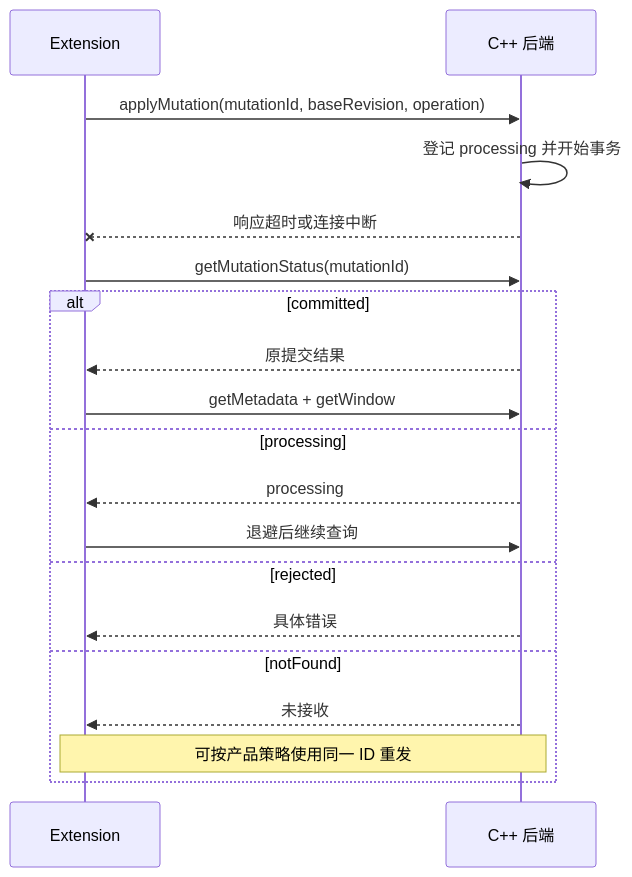
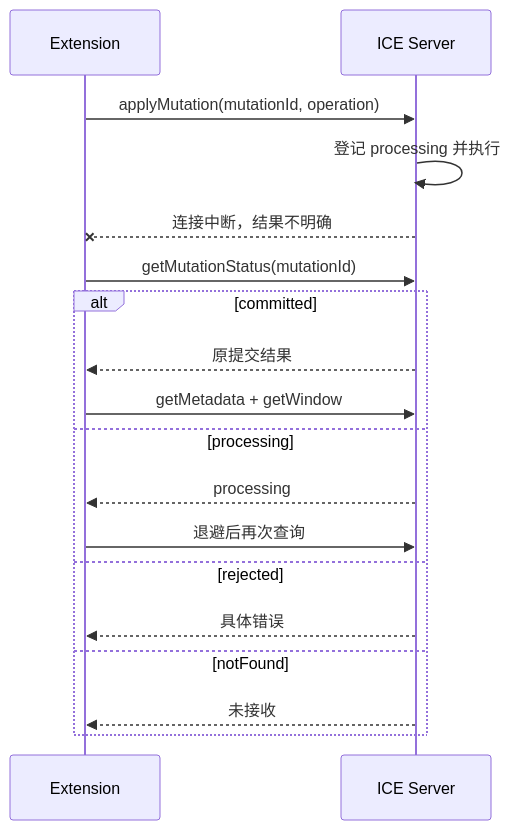
One commit to a306796405/huge-vtable changed diagram 12 of 14 in docs/v22-lite-markdown-technical-solution.md. Above: the diagram before and after it, drawn with Mermaid. The commit also changed other lines of this file and 2 other files, not shown here.

Commit message:
docs: rewrite pattern solution for frontend and ice server

````diff
--- a/docs/v22-lite-markdown-technical-solution.md
+++ b/docs/v22-lite-markdown-technical-solution.md
@@ -647,22 +935,21 @@
 ```mermaid
 sequenceDiagram
     participant E as Extension
-    participant B as C++ 后端
+    participant I as ICE Server
 
-    E->>B: applyMutation(mutationId, baseRevision, operation)
-    B->>B: 登记 processing 并开始事务
-    B--xE: 响应超时或连接中断
-    E->>B: getMutationStatus(mutationId)
+    E->>I: applyMutation(mutationId, operation)
+    I->>I: 登记 processing 并执行
+    I--xE: 连接中断，结果不明确
+    E->>I: getMutationStatus(mutationId)
     alt committed
-        B-->>E: 原提交结果
-        E->>B: getMetadata + getWindow
+        I-->>E: 原提交结果
+        E->>I: getMetadata + getWindow
     else processing
-        B-->>E: processing
-        E->>B: 退避后继续查询
+        I-->>E: processing
+        E->>I: 退避后再次查询
     else rejected
-        B-->>E: 具体错误
+        I-->>E: 具体错误
     else notFound
-        B-->>E: 未接收
-        Note over E,B: 可按产品策略使用同一 ID 重发
+        I-->>E: 未接收
     end
 ```
````
